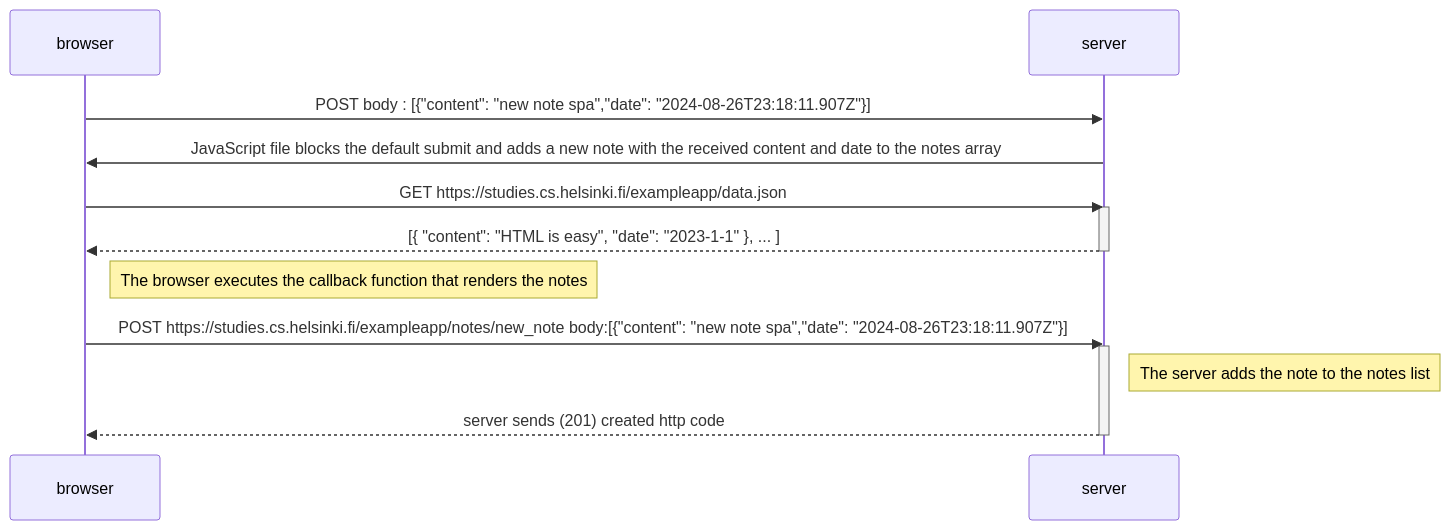
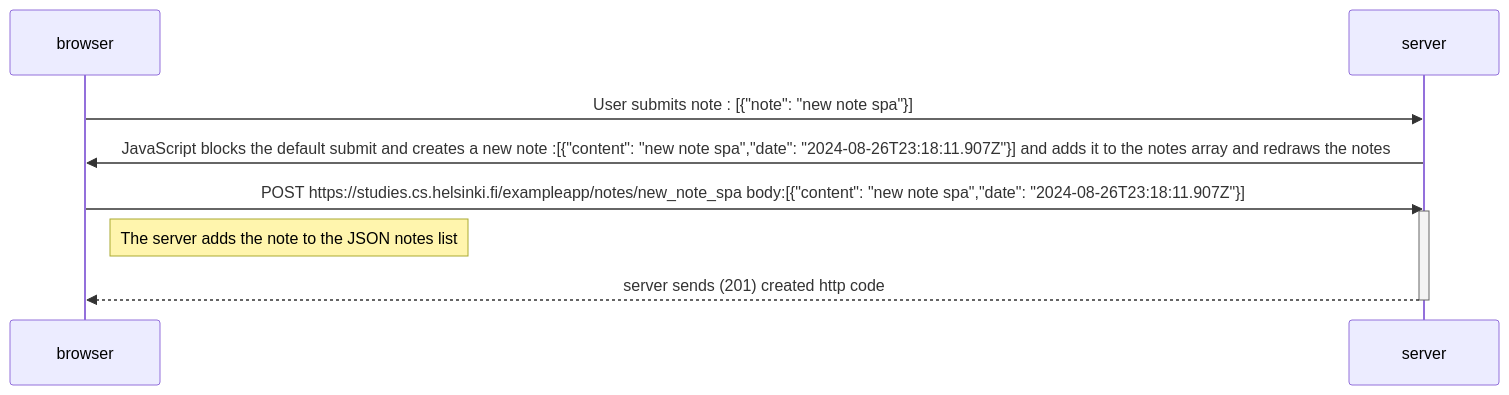
One commit to boularakSaraManel/FullStackOpen changed the diagram in part0/exercise_0_6.md. Above: the diagram before and after it, drawn with Mermaid.

Commit message:
edited the  notes exercice_0_6

````diff
--- a/part0/exercise_0_6.md
+++ b/part0/exercise_0_6.md
@@ -1,22 +1,15 @@
 ```mermaid
 sequenceDiagram
     participant browser
     participant server
 
-    browser->>server: POST body : [{"content": "new note spa","date": "2024-08-26T23:18:11.907Z"}] 
-    server->>browser: JavaScript file blocks the default submit and adds a new note with the received content and date to the notes array
+    browser->>server: User submits note : [{"note": "new note spa"}] 
+    server->>browser: JavaScript blocks the default submit and creates a new note :[{"content": "new note spa","date": "2024-08-26T23:18:11.907Z"}] and adds it to the notes array and redraws the notes
 
-    browser->>server: GET https://studies.cs.helsinki.fi/exampleapp/data.json
+    browser->>server: POST https://studies.cs.helsinki.fi/exampleapp/notes/new_note_spa body:[{"content": "new note spa","date": "2024-08-26T23:18:11.907Z"}] 
     activate server
-    server-->>browser: [{ "content": "HTML is easy", "date": "2023-1-1" }, ... ]
-    deactivate server
-
-    Note right of browser: The browser executes the callback function that renders the notes
-
-    browser->>server: POST https://studies.cs.helsinki.fi/exampleapp/notes/new_note body:[{"content": "new note spa","date": "2024-08-26T23:18:11.907Z"}] 
-    activate server
-    Note right of server: The server adds the note to the notes list
+    Note right of browser: The server adds the note to the JSON notes list
     server-->>browser: server sends (201) created http code 
     deactivate server
 
 ```
````
